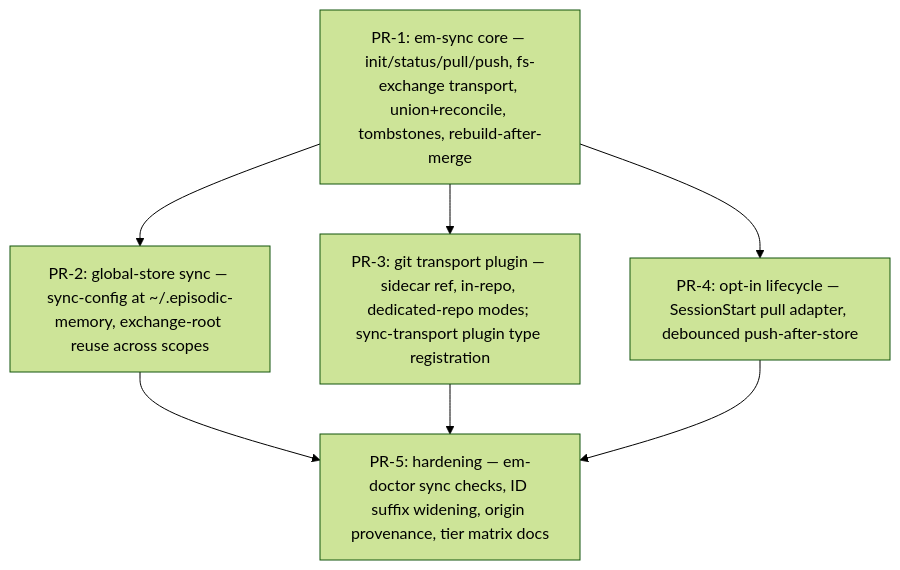
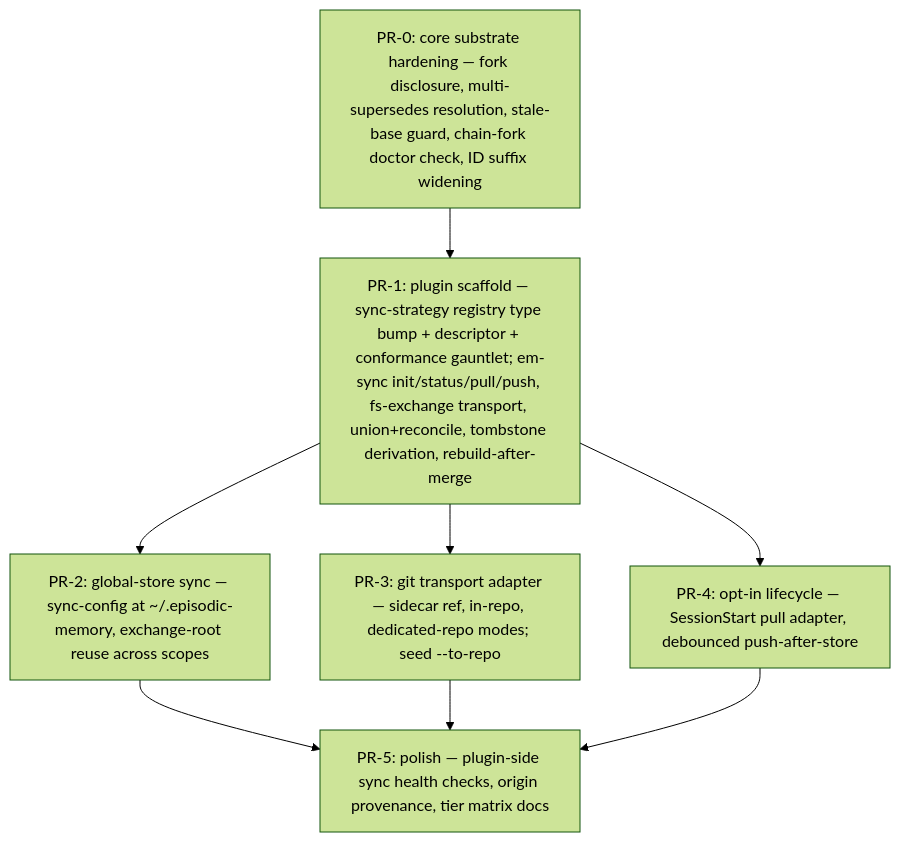
The diagram in docs/rfcs/RFC-013-episode-sync.md (lantisprime/episodic-memory), drawn with Mermaid (forest theme) before and after one commit. The commit also changed other lines of this file and 1 other file, not shown here.

First line of the commit message:
RFC-013/014: package distributed memory as opt-in episode-sync plugin, core keeps only probe-justified fixes

````diff
--- a/docs/rfcs/RFC-013-episode-sync.md
+++ b/docs/rfcs/RFC-013-episode-sync.md
@@ -236,15 +252,17 @@
 ```mermaid
 graph TD
-    PR1[PR-1: em-sync core — init/status/pull/push, fs-exchange transport, union+reconcile, tombstones, rebuild-after-merge]
+    PR0[PR-0: core substrate hardening — fork disclosure, multi-supersedes resolution, stale-base guard, chain-fork doctor check, ID suffix widening]
+    PR1[PR-1: plugin scaffold — sync-strategy registry type bump + descriptor + conformance gauntlet; em-sync init/status/pull/push, fs-exchange transport, union+reconcile, tombstone derivation, rebuild-after-merge]
     PR2[PR-2: global-store sync — sync-config at ~/.episodic-memory, exchange-root reuse across scopes]
-    PR3[PR-3: git transport plugin — sidecar ref, in-repo, dedicated-repo modes; sync-transport plugin type registration]
+    PR3[PR-3: git transport adapter — sidecar ref, in-repo, dedicated-repo modes; seed --to-repo]
     PR4[PR-4: opt-in lifecycle — SessionStart pull adapter, debounced push-after-store]
-    PR5[PR-5: hardening — em-doctor sync checks, ID suffix widening, origin provenance, tier matrix docs]
+    PR5[PR-5: polish — plugin-side sync health checks, origin provenance, tier matrix docs]
 
+    PR0 --> PR1
     PR1 --> PR2
     PR1 --> PR3
     PR1 --> PR4
     PR2 --> PR5
     PR3 --> PR5
     PR4 --> PR5
 ```
````
